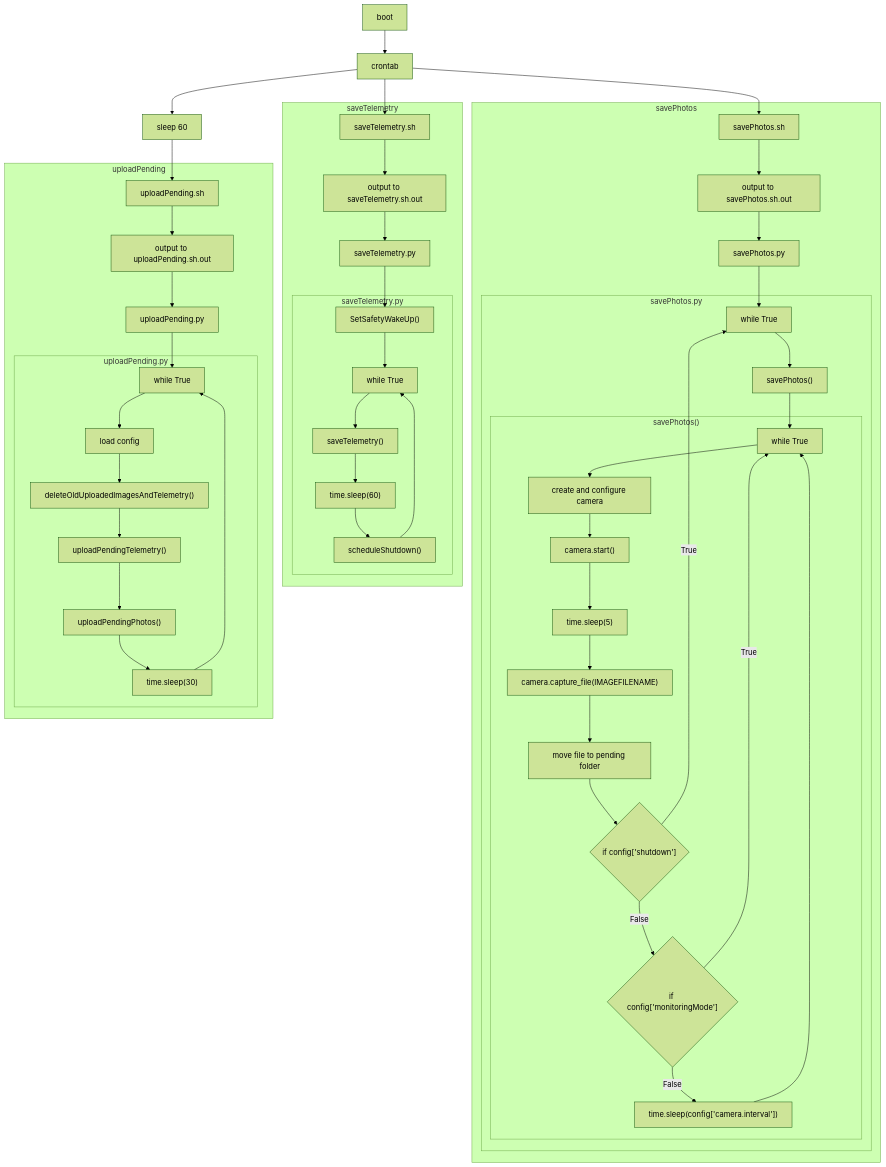
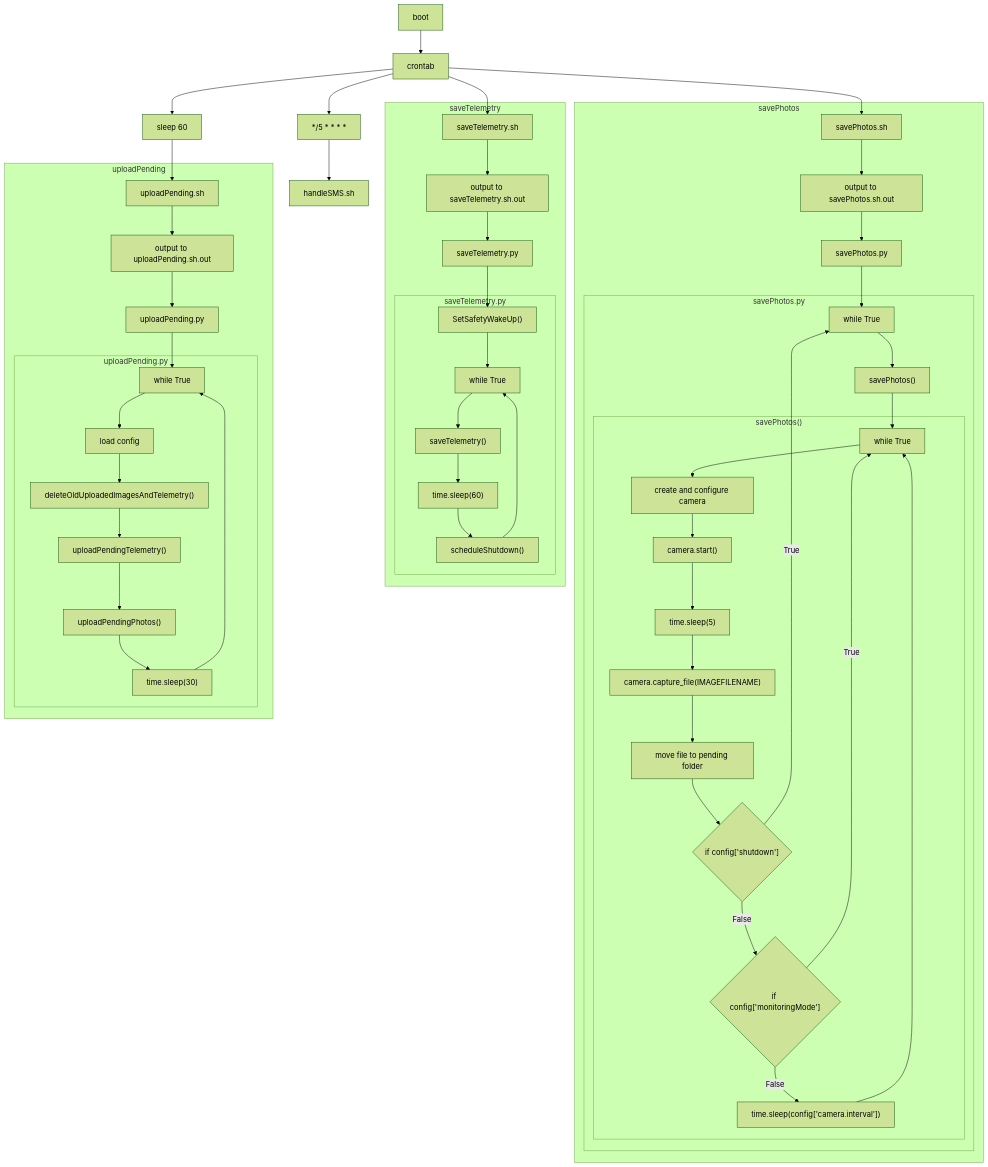
The first of 2 diagrams in scripts/execution_flow.md (venari/timelapse), drawn with Mermaid (forest theme) before and after one commit. The commit also changed other lines of this file and 1 other file, not shown here.

````diff
--- a/scripts/execution_flow.md
+++ b/scripts/execution_flow.md
@@ -1,44 +2,45 @@
 ```mermaid
 graph TD
     boot --> crontab
     crontab --> saveTelemetry.sh
     crontab --> savePhotos.sh
     crontab --> sleep[sleep 60] --> uploadPending.sh
+    crontab --> crontab5[*/5 * * * *] --> handleSMS.sh
 
     subgraph saveTelemetry
     saveTelemetry.sh --> outTel[output to saveTelemetry.sh.out]
     outTel --> saveTelemetry.py
     saveTelemetry.py --> safetyWakeup["SetSafetyWakeUp()"]
     subgraph saveTelemetrypy[saveTelemetry.py]
     safetyWakeup --> saveTelLoop[while True]
     saveTelLoop --> saveTelF["saveTelemetry()"] --> sleep3["time.sleep(60)"] --> scheduleShutdown["scheduleShutdown()"] --> saveTelLoop
     end
     end
 
     subgraph savePhotos
     savePhotos.sh --> outPhotos[output to savePhotos.sh.out]
     outPhotos --> savePhotos.py
     savePhotos.py --> savePhotosLoop
     subgraph savePhotospy[savePhotos.py]
     savePhotosLoop[while True] --> savePhotosF["savePhotos()"]
     savePhotosF --> savePhotosLoop2
     subgraph savePhotosFg["savePhotos()"]
     savePhotosLoop2[while True] --> camCreateConf[create and configure camera] --> camStart["camera.start()"] --> camSleep["time.sleep(5)"] --> saveCam["camera.capture_file(IMAGEFILENAME)"] --> moveCamFile[move file to pending folder] --> savePhotosIf{"if config['shutdown']"}
     savePhotosIf -- False --> savePhotosIf2{"if config['monitoringMode']"}
     savePhotosIf2 -- True --> savePhotosLoop2
     savePhotosIf2 -- False --> savePhotosIf2Sleep["time.sleep(config['camera.interval'])"] --> savePhotosLoop2
     end
     savePhotosIf -- True --> savePhotosLoop
 
     end
     end
 
     subgraph uploadPending
     uploadPending.sh --> outPending[output to uploadPending.sh.out]
     outPending --> uploadPending.py --> upPendingLoop[while True]
     subgraph uploadPendingpy[uploadPending.py]
     upPendingLoop --> loadConfig[load config] --> deleteOld["deleteOldUploadedImagesAndTelemetry()"] --> upPenTel["uploadPendingTelemetry()"] --> upPenPhot["uploadPendingPhotos()"] --> sleep2["time.sleep(30)"]
     sleep2 --> upPendingLoop
     end
     end
 ```
````
